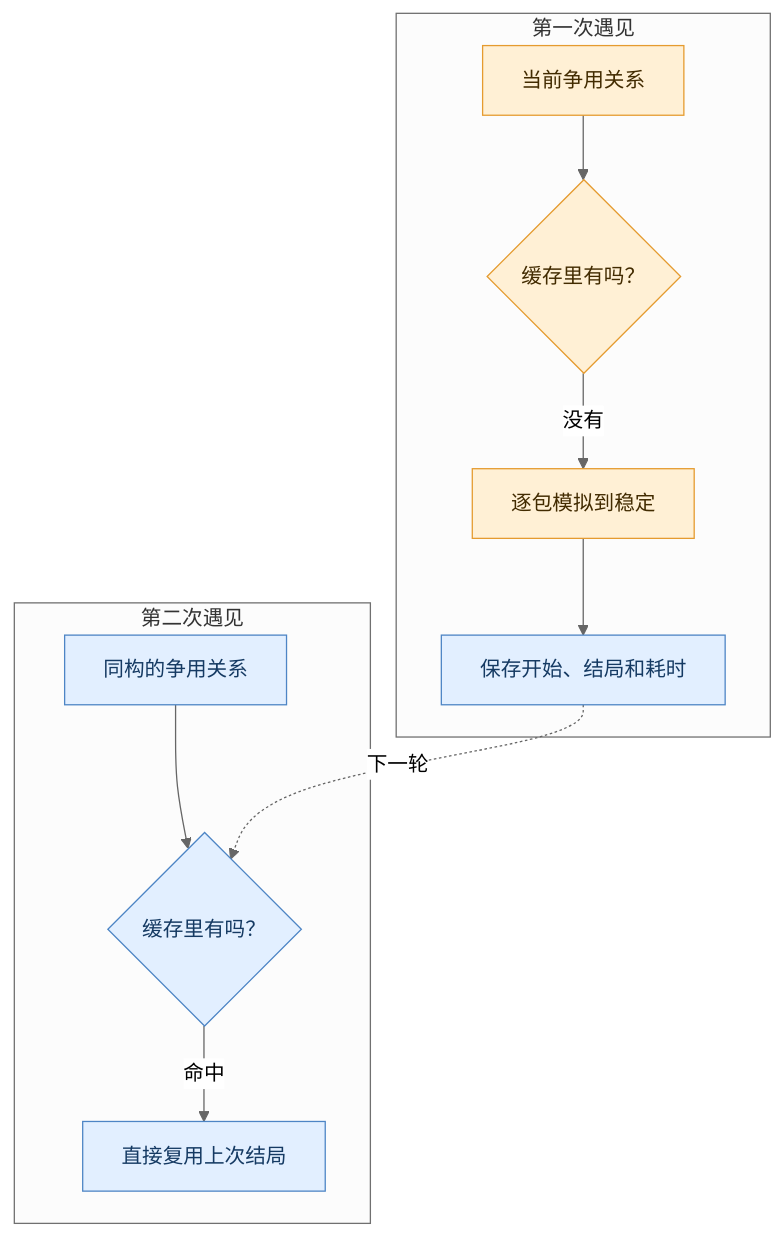
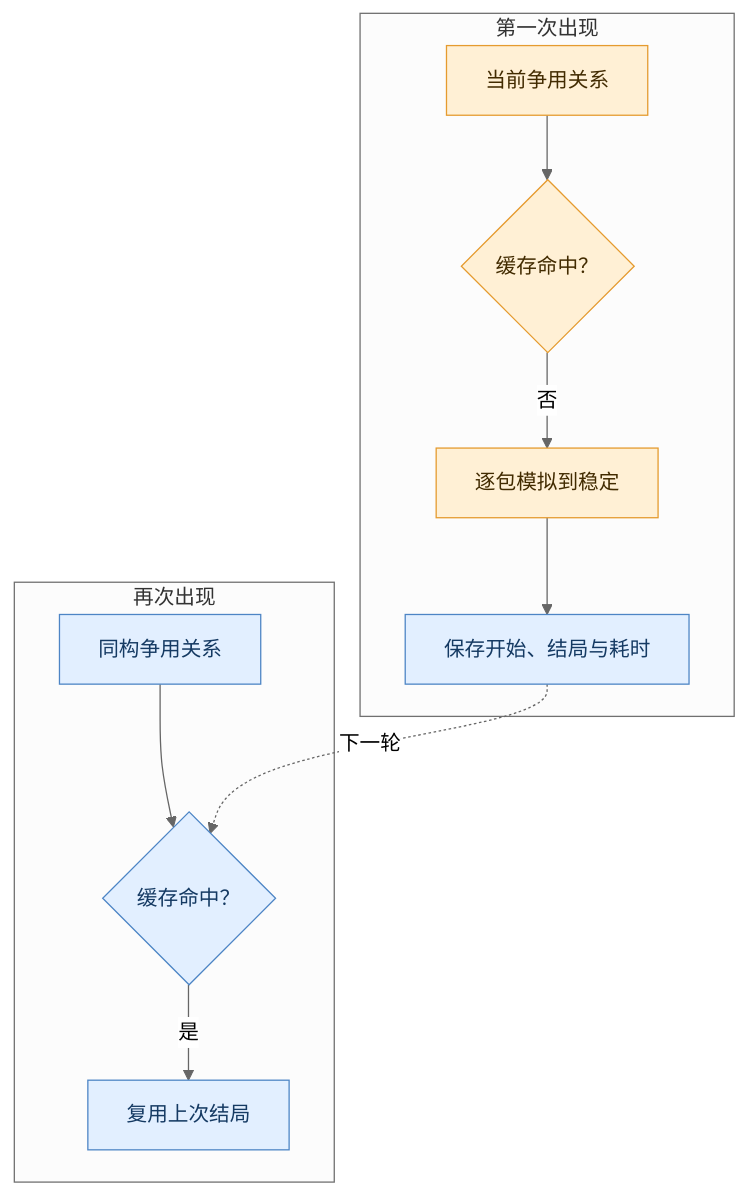
Before and after one commit to ccc112233ccc/ccc112233ccc.github.io: the third of 5 diagrams in _posts/2026-08-14-wormhole-memoization-fast-forwarding.md, drawn with Mermaid (neutral theme). The commit also changed other lines of this file and 1 other file, not shown here.

````diff
--- a/_posts/2026-08-14-wormhole-memoization-fast-forwarding.md
+++ b/_posts/2026-08-14-wormhole-memoization-fast-forwarding.md
@@ -126,18 +110,18 @@
 ```mermaid
 flowchart TB
-    subgraph FIRST["第一次遇见"]
-      S1["当前争用关系"] --> Q1{"缓存里有吗？"}
-      Q1 -->|没有| SIM["逐包模拟到稳定"]
-      SIM --> SAVE["保存开始、结局和耗时"]
+    subgraph FIRST["第一次出现"]
+      S1["当前争用关系"] --> Q1{"缓存命中？"}
+      Q1 -->|否| SIM["逐包模拟到稳定"]
+      SIM --> SAVE["保存开始、结局与耗时"]
     end
-    subgraph AGAIN["第二次遇见"]
-      S2["同构的争用关系"] --> Q2{"缓存里有吗？"}
-      Q2 -->|命中| REUSE["直接复用上次结局"]
+    subgraph AGAIN["再次出现"]
+      S2["同构争用关系"] --> Q2{"缓存命中？"}
+      Q2 -->|是| REUSE["复用上次结局"]
     end
     SAVE -.下一轮.-> Q2
 
     classDef transient fill:#fff0d5,stroke:#e59b2f,color:#422b00;
     classDef cache fill:#e2efff,stroke:#4d85c5,color:#153a63;
     class S1,Q1,SIM transient;
     class SAVE,S2,Q2,REUSE cache;
 ```
````
